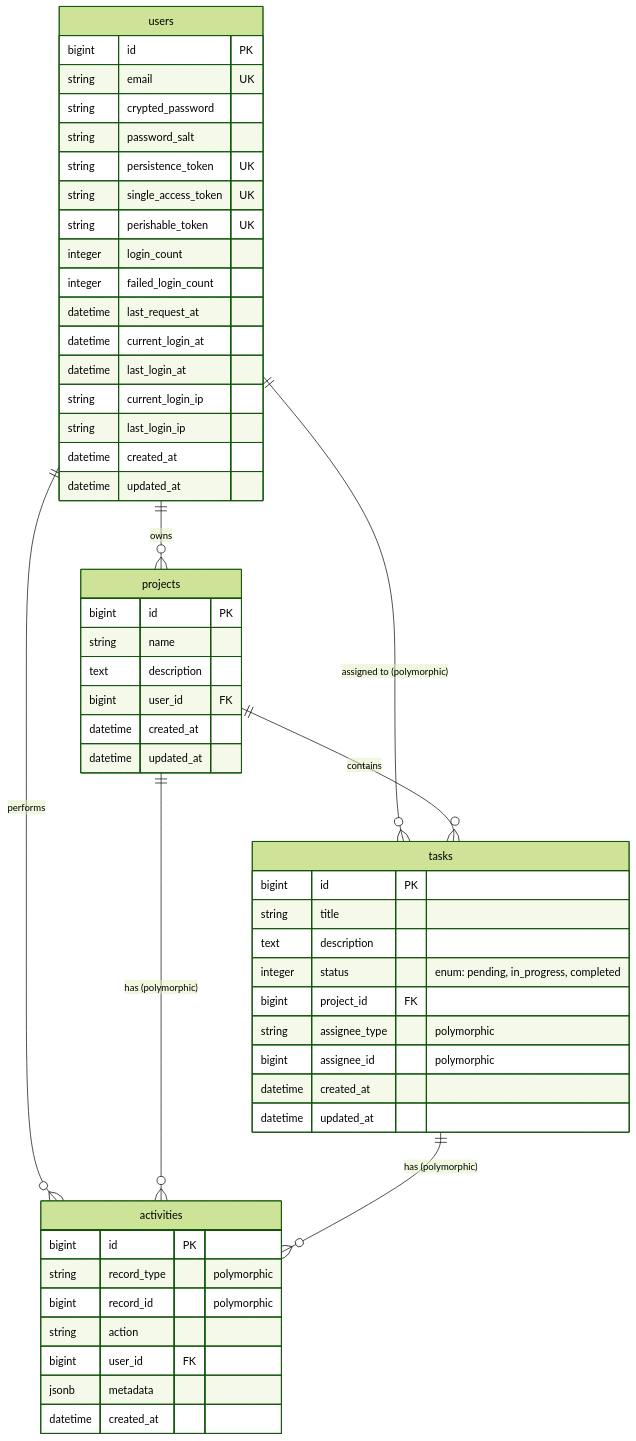
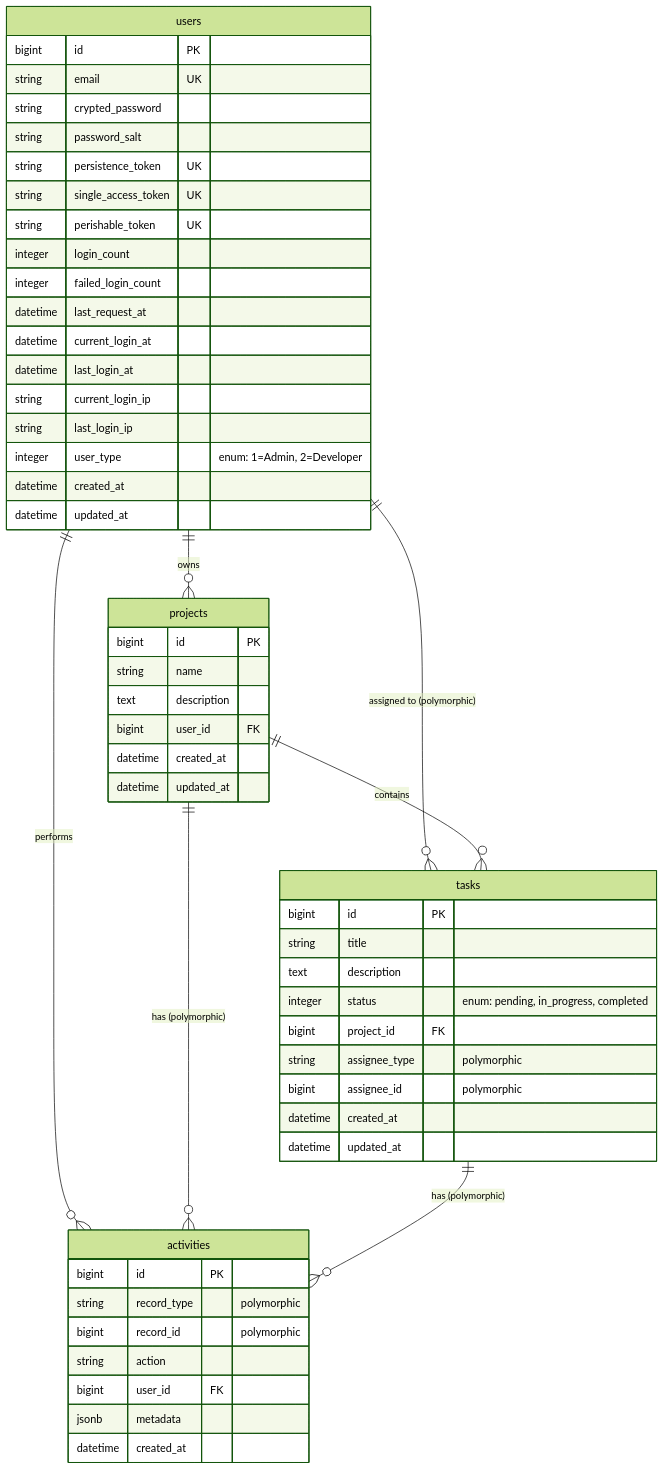
One commit to acortesgit/ruby_project_manager changed the diagram in SCHEMA_ERD.md. Above: the diagram before and after it, drawn with Mermaid (forest theme). The commit also changed other lines of this file and 13 other files, not shown here.

````diff
--- a/SCHEMA_ERD.md
+++ b/SCHEMA_ERD.md
@@ -5,59 +5,60 @@
 ```mermaid
 erDiagram
     users ||--o{ projects : owns
     users ||--o{ tasks : "assigned to (polymorphic)"
     users ||--o{ activities : "performs"
     projects ||--o{ tasks : contains
     projects ||--o{ activities : "has (polymorphic)"
     tasks ||--o{ activities : "has (polymorphic)"
 
     users {
         bigint id PK
         string email UK
         string crypted_password
         string password_salt
         string persistence_token UK
         string single_access_token UK
         string perishable_token UK
         integer login_count
         integer failed_login_count
         datetime last_request_at
         datetime current_login_at
         datetime last_login_at
         string current_login_ip
         string last_login_ip
+        integer user_type "enum: 1=Admin, 2=Developer"
         datetime created_at
         datetime updated_at
     }
 
     projects {
         bigint id PK
         string name
         text description
         bigint user_id FK
         datetime created_at
         datetime updated_at
     }
 
     tasks {
         bigint id PK
         string title
         text description
         integer status "enum: pending, in_progress, completed"
         bigint project_id FK
         string assignee_type "polymorphic"
         bigint assignee_id "polymorphic"
         datetime created_at
         datetime updated_at
     }
 
     activities {
         bigint id PK
         string record_type "polymorphic"
         bigint record_id "polymorphic"
         string action
         bigint user_id FK
         jsonb metadata
         datetime created_at
     }
 ```
````
